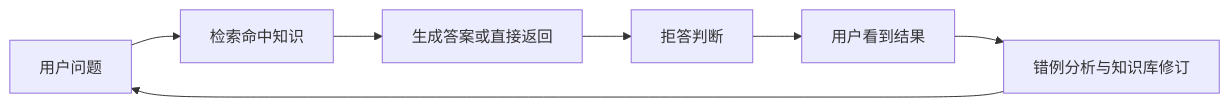
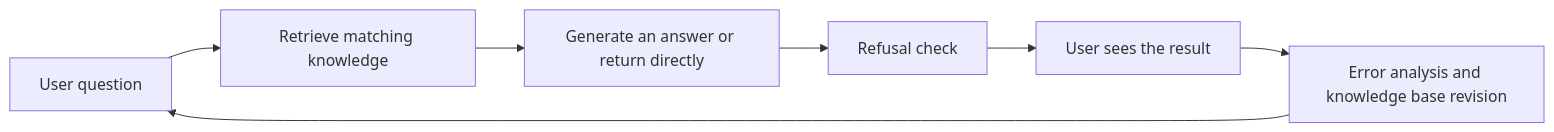
One commit to oudbiao/AI-fullstack-course changed the diagram in docs/ch11-nlp/ch07-projects/01-qa-system.md. Above: the diagram before and after it, drawn with Mermaid. The commit also changed other lines of this file and 1406 other files, not shown here.

````diff
--- a/docs/ch11-nlp/ch07-projects/01-qa-system.md
+++ b/docs/ch11-nlp/ch07-projects/01-qa-system.md
@@ -65,9 +65,9 @@
 ```mermaid
 flowchart LR
-    A["用户问题"] --> B["检索命中知识"]
-    B --> C["生成答案或直接返回"]
-    C --> D["拒答判断"]
-    D --> E["用户看到结果"]
-    E --> F["错例分析与知识库修订"]
+    A["User question"] --> B["Retrieve matching knowledge"]
+    B --> C["Generate an answer or return directly"]
+    C --> D["Refusal check"]
+    D --> E["User sees the result"]
+    E --> F["Error analysis and knowledge base revision"]
     F --> A
 ```
````
